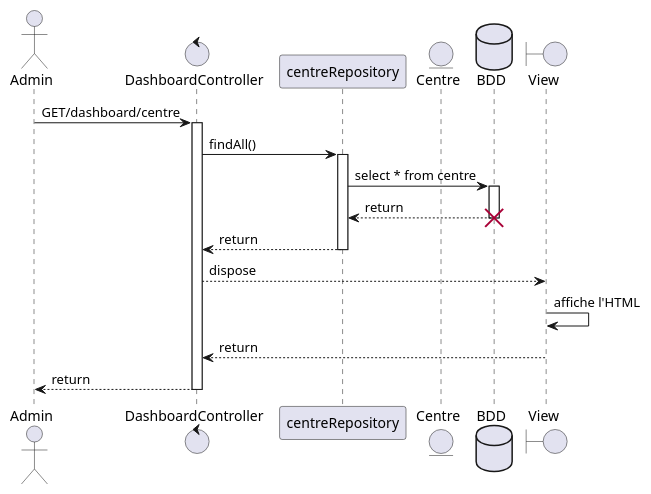
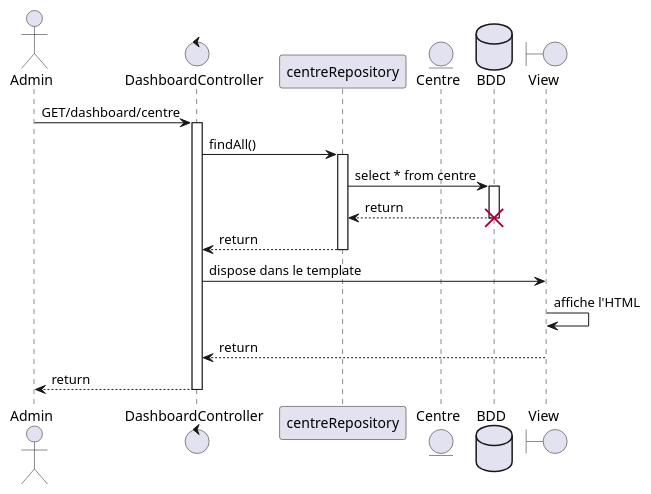
The diagram in doc/puml/SequenceDiagram.puml (GreenHawk-99/AppGreta), drawn with PlantUML before and after one commit. The commit also changed 16 other files, not shown here.

```diff
--- a/doc/puml/SequenceDiagram.puml
+++ b/doc/puml/SequenceDiagram.puml
@@ -1,30 +1,30 @@
 @startuml
 
 actor Admin
 control "DashboardController" as DC
 participant "centreRepository" as CR
 entity "Centre" as C
 database "BDD" as BDD
 boundary "View" as V
 
 Admin -> DC: GET/dashboard/centre
 activate DC
 
 DC -> CR: findAll()
 activate CR
 
 CR -> BDD: select * from centre
 activate BDD
 BDD --> CR: return
 destroy BDD
 
 CR --> DC: return
 deactivate CR
 
-DC --> V: dispose
+DC -> V: dispose dans le template
 V -> V: affiche l'HTML
 V --> DC: return
 
 DC --> Admin: return
 deactivate DC
 @enduml
```
